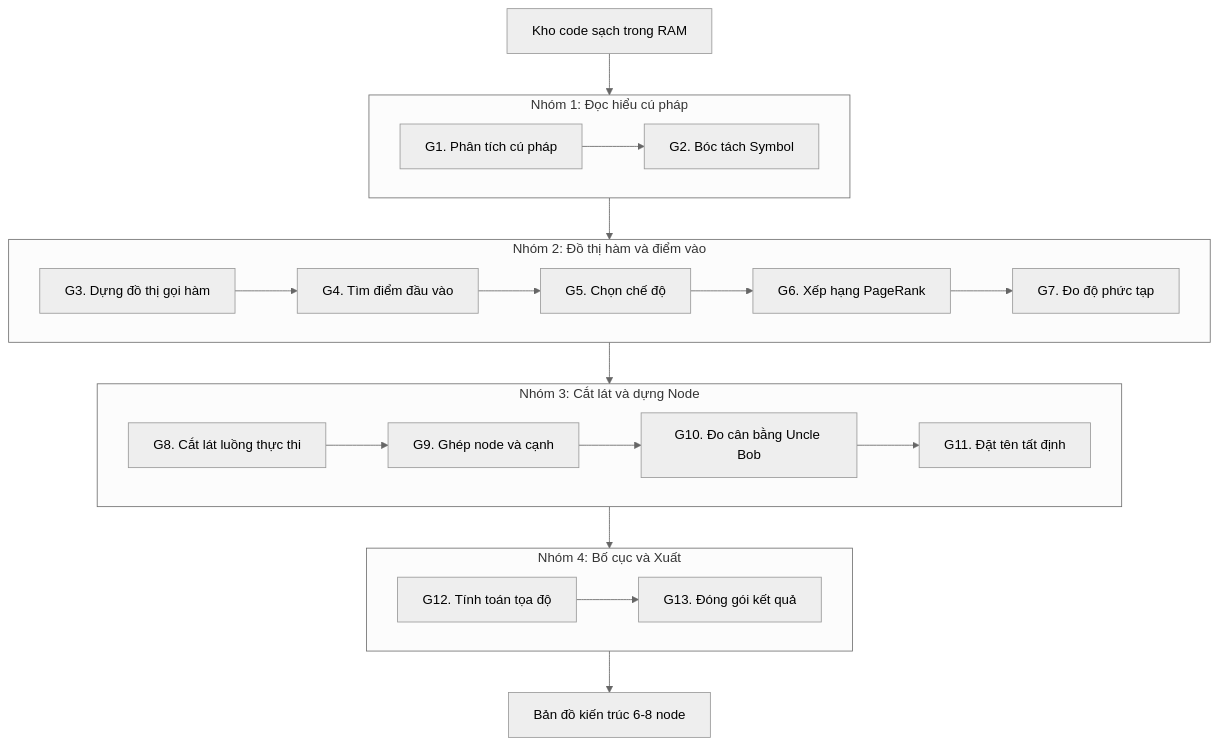
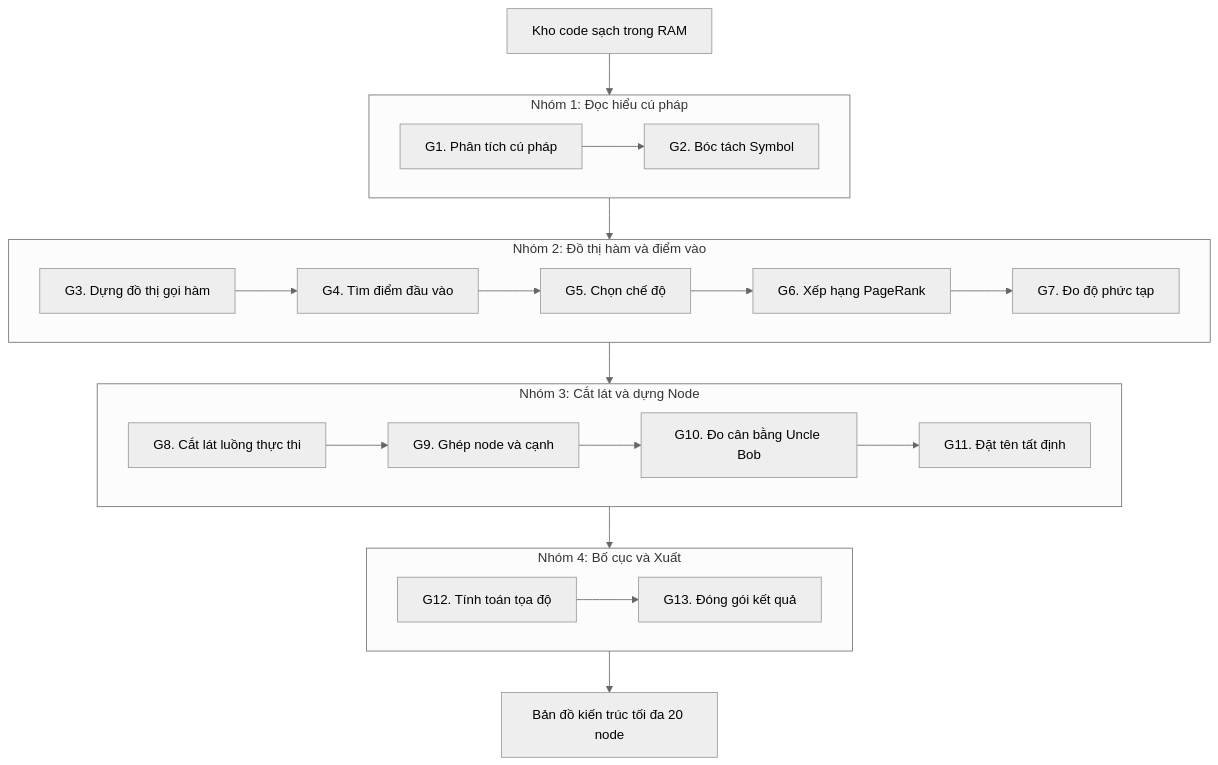
Before and after one commit to huynhthanhnhannnh-pixel/Hackathon_SGU: the fifth of 14 diagrams in doc-de-hieu/02_engine.md, drawn with Mermaid (neutral theme). The commit also changed other lines of this file and 12 other files, not shown here.

First line of the commit message:
docs: D-51 tăng số node tối đa lên 20

````diff
--- a/doc-de-hieu/02_engine.md
+++ b/doc-de-hieu/02_engine.md
@@ -522,28 +522,28 @@
 ```mermaid
 flowchart TB
   subgraph GRP_A["Nhóm 1: Đọc hiểu cú pháp"]
     direction LR
     G1["G1. Phân tích cú pháp"] --> G2["G2. Bóc tách Symbol"]
   end
 
   subgraph GRP_B["Nhóm 2: Đồ thị hàm và điểm vào"]
     direction LR
     G3["G3. Dựng đồ thị gọi hàm"] --> G4["G4. Tìm điểm đầu vào"] --> G5["G5. Chọn chế độ"] --> G6["G6. Xếp hạng PageRank"] --> G7["G7. Đo độ phức tạp"]
   end
 
   subgraph GRP_C["Nhóm 3: Cắt lát và dựng Node"]
     direction LR
     G8["G8. Cắt lát luồng thực thi"] --> G9["G9. Ghép node và cạnh"] --> G10["G10. Đo cân bằng Uncle Bob"] --> G11["G11. Đặt tên tất định"]
   end
 
   subgraph GRP_D["Nhóm 4: Bố cục và Xuất"]
     direction LR
     G12["G12. Tính toán tọa độ"] --> G13["G13. Đóng gói kết quả"]
   end
 
   IN_RAM["Kho code sạch trong RAM"] --> GRP_A
   GRP_A --> GRP_B
   GRP_B --> GRP_C
   GRP_C --> GRP_D
-  GRP_D --> OUT_RES["Bản đồ kiến trúc 6-8 node"]
+  GRP_D --> OUT_RES["Bản đồ kiến trúc tối đa 20 node"]
 ```
````
